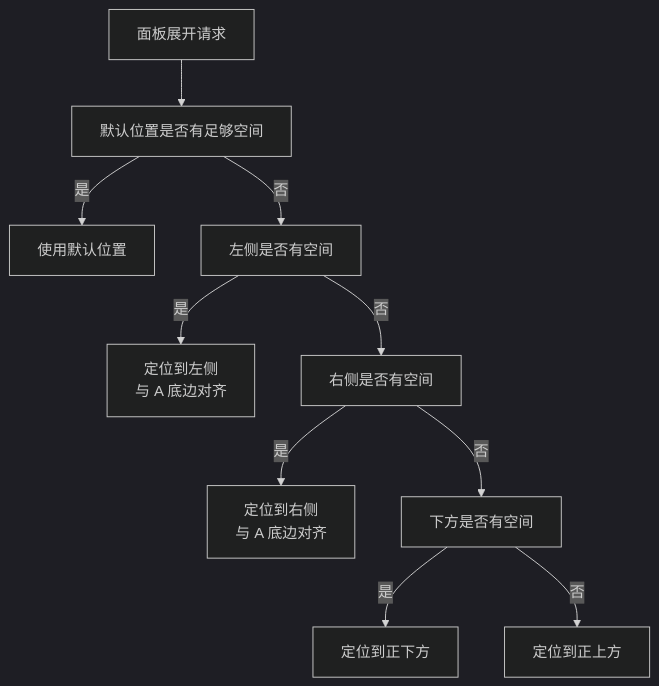
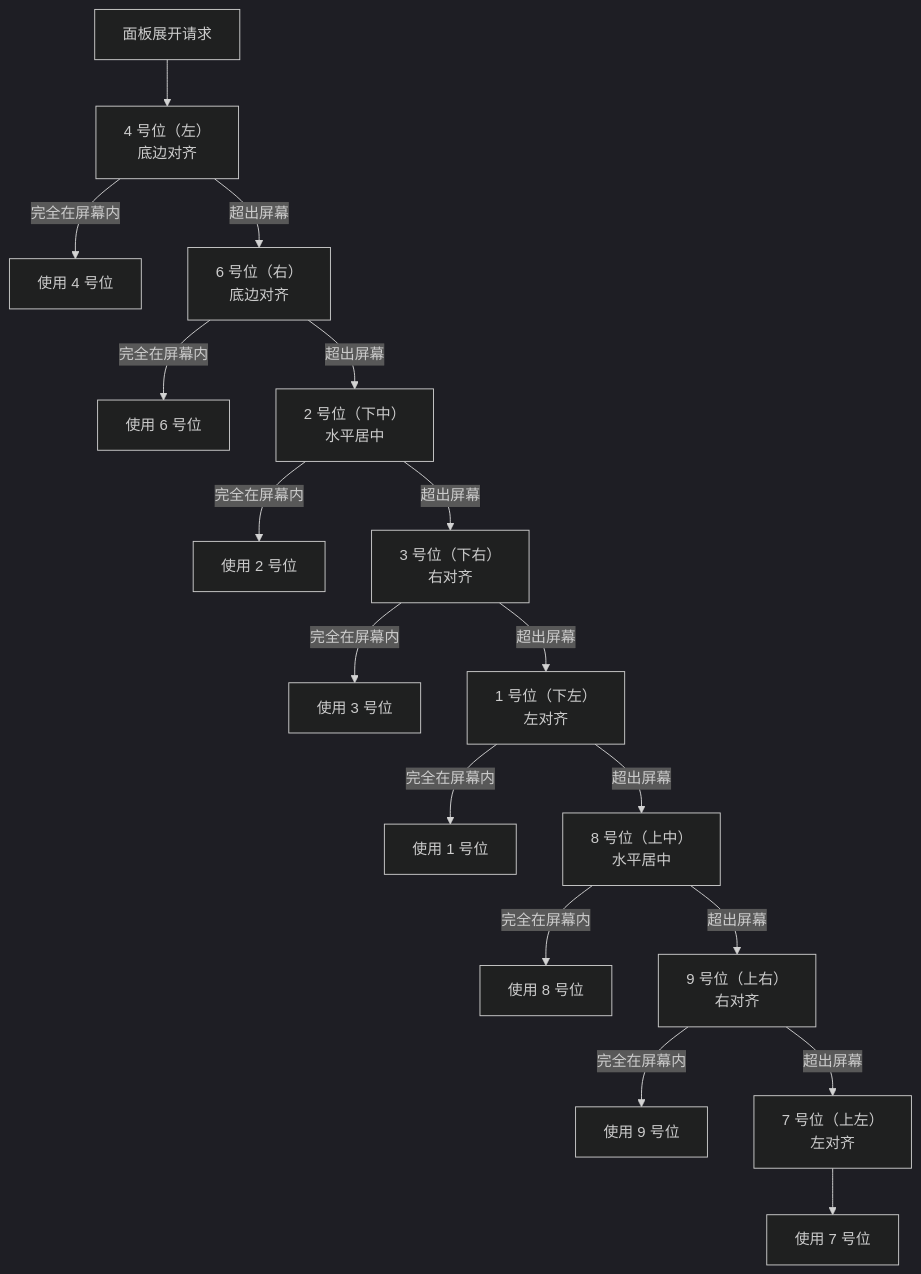
One commit to SeananTQ/lucky-dog-pub-2026 changed the diagram in docs/game-design/new-prd/关于初始宿主窗口大小的计算方法.md. Above: the diagram before and after it, drawn with Mermaid (dark theme). The commit also changed other lines of this file, not shown here.

````diff
--- a/docs/game-design/new-prd/关于初始宿主窗口大小的计算方法.md
+++ b/docs/game-design/new-prd/关于初始宿主窗口大小的计算方法.md
@@ -147,12 +166,19 @@
 ```mermaid
 flowchart TD
-    Start[面板展开请求] --> CheckDefault[默认位置是否有足够空间]
-    CheckDefault -->|是| UseDefault[使用默认位置]
-    CheckDefault -->|否| CheckLeft[左侧是否有空间]
-    CheckLeft -->|是| UseLeft[定位到左侧<br>与 A 底边对齐]
-    CheckLeft -->|否| CheckRight[右侧是否有空间]
-    CheckRight -->|是| UseRight[定位到右侧<br>与 A 底边对齐]
-    CheckRight -->|否| CheckBelow[下方是否有空间]
-    CheckBelow -->|是| UseBelow[定位到正下方]
-    CheckBelow -->|否| CheckAbove[定位到正上方]
+    Start[面板展开请求] --> Pos4[4 号位（左）<br>底边对齐]
+    Pos4 -->|完全在屏幕内| Use4[使用 4 号位]
+    Pos4 -->|超出屏幕| Pos6[6 号位（右）<br>底边对齐]
+    Pos6 -->|完全在屏幕内| Use6[使用 6 号位]
+    Pos6 -->|超出屏幕| Pos2[2 号位（下中）<br>水平居中]
+    Pos2 -->|完全在屏幕内| Use2[使用 2 号位]
+    Pos2 -->|超出屏幕| Pos3[3 号位（下右）<br>右对齐]
+    Pos3 -->|完全在屏幕内| Use3[使用 3 号位]
+    Pos3 -->|超出屏幕| Pos1[1 号位（下左）<br>左对齐]
+    Pos1 -->|完全在屏幕内| Use1[使用 1 号位]
+    Pos1 -->|超出屏幕| Pos8[8 号位（上中）<br>水平居中]
+    Pos8 -->|完全在屏幕内| Use8[使用 8 号位]
+    Pos8 -->|超出屏幕| Pos9[9 号位（上右）<br>右对齐]
+    Pos9 -->|完全在屏幕内| Use9[使用 9 号位]
+    Pos9 -->|超出屏幕| Pos7[7 号位（上左）<br>左对齐]
+    Pos7 --> Use7[使用 7 号位]
 ```
````
